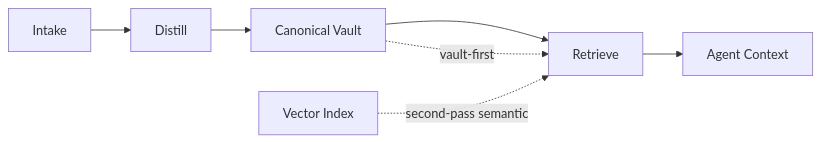
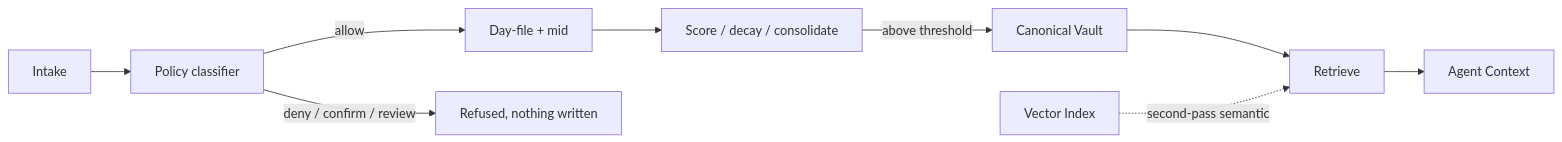
One commit to EleutheroiEdge/trustmem changed the diagram in README.md. Above: the diagram before and after it, drawn with Mermaid. The commit also changed other lines of this file and 5 other files, not shown here.

````diff
--- a/README.md
+++ b/README.md
@@ -12,9 +23,11 @@
 ```mermaid
 flowchart LR
-  A[Intake] --> B[Distill]
-  B --> C[Canonical Vault]
+  A[Intake] --> P[Policy classifier]
+  P -->|allow| B[Day-file + mid]
+  P -->|deny / confirm / review| X[Refused, nothing written]
+  B --> S[Score / decay / consolidate]
+  S -->|above threshold| C[Canonical Vault]
   C --> D[Retrieve]
   D --> E[Agent Context]
-  C -.vault-first.-> D
   F[Vector Index] -.second-pass semantic.-> D
 ```
````
